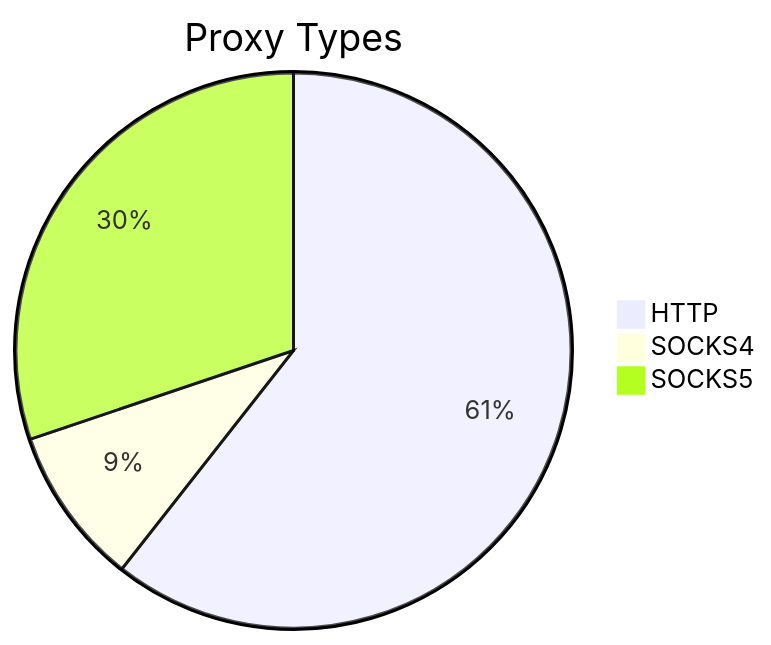
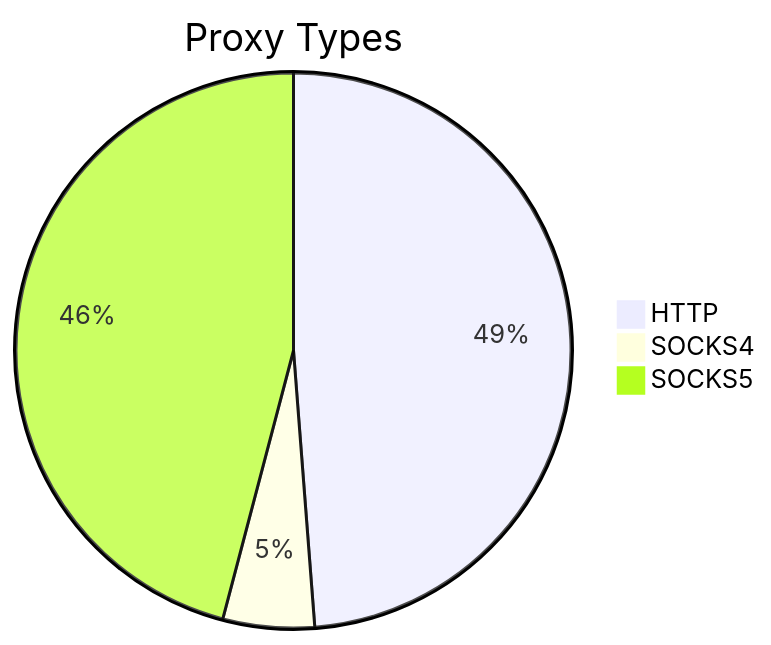
The first of 2 diagrams in README.md (stormsia/proxy-list), drawn with Mermaid before and after one commit. The commit also changed other lines of this file, not shown here.

````diff
--- a/README.md
+++ b/README.md
@@ -21,6 +21,6 @@
 ```mermaid
 pie title Proxy Types
-    "HTTP" : 243
+    "HTTP" : 339
     "SOCKS4" : 37
-    "SOCKS5" : 121
+    "SOCKS5" : 319
 ```
````
